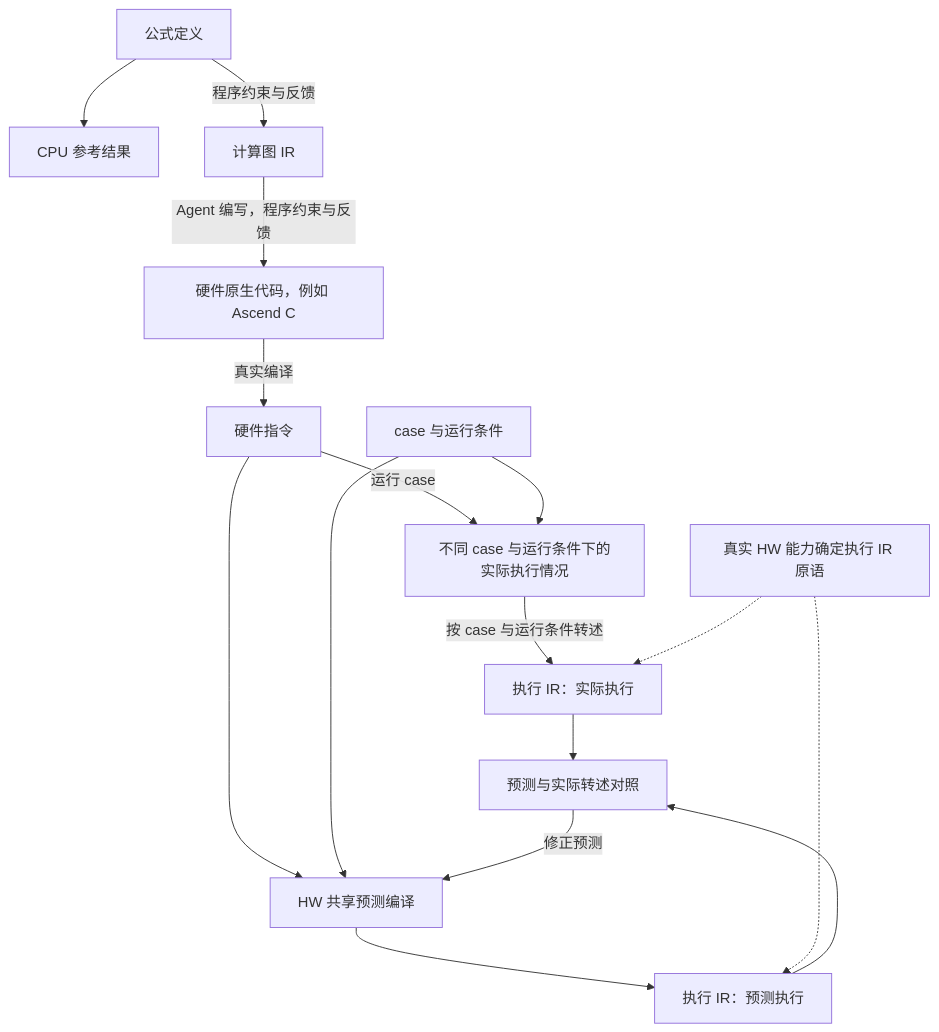
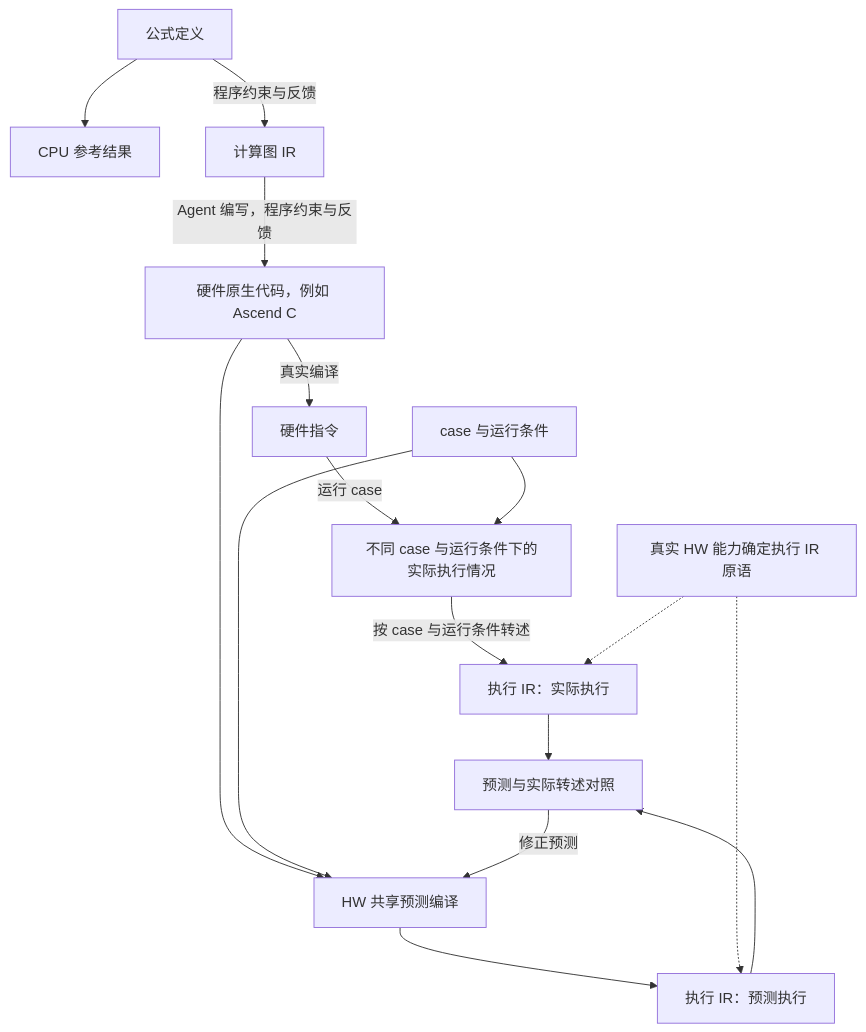
One commit to KDZZZZZZ/meteor changed the second of 2 diagrams in docs/plans/2026-09-25-pluggable-kernel-design-step.md. Above: the diagram before and after it, drawn with Mermaid. The commit also changed other lines of this file and 4 other files, not shown here.

````diff
--- a/docs/plans/2026-09-25-pluggable-kernel-design-step.md
+++ b/docs/plans/2026-09-25-pluggable-kernel-design-step.md
@@ -145,18 +145,18 @@
 ```mermaid
 flowchart TD
     F[公式定义] --> C[CPU 参考结果]
     F -->|程序约束与反馈| G[计算图 IR]
     G -->|Agent 编写，程序约束与反馈| SRC[硬件原生代码，例如 Ascend C]
     SRC -->|真实编译| I[硬件指令]
     I -->|运行 case| R[不同 case 与运行条件下的实际执行情况]
     Q[case 与运行条件] --> R
     R -->|按 case 与运行条件转述| O[执行 IR：实际执行]
-    I --> P[HW 共享预测编译]
+    SRC --> P[HW 共享预测编译]
     Q --> P
     P --> E[执行 IR：预测执行]
     HW[真实 HW 能力确定执行 IR 原语] -.-> O
     HW -.-> E
     O --> X[预测与实际转述对照]
     E --> X
     X -->|修正预测| P
 ```
````
